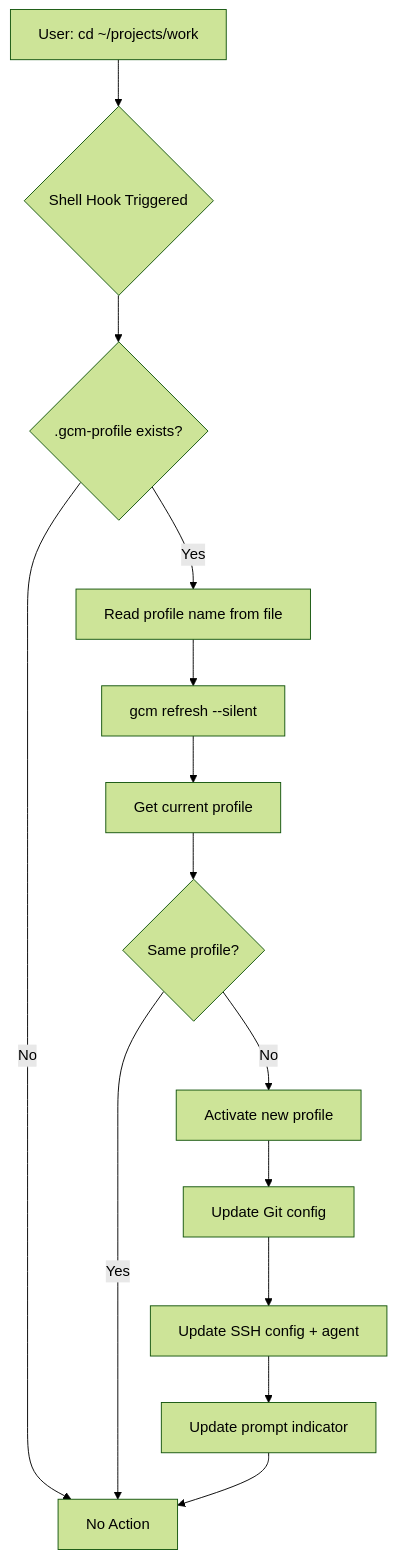
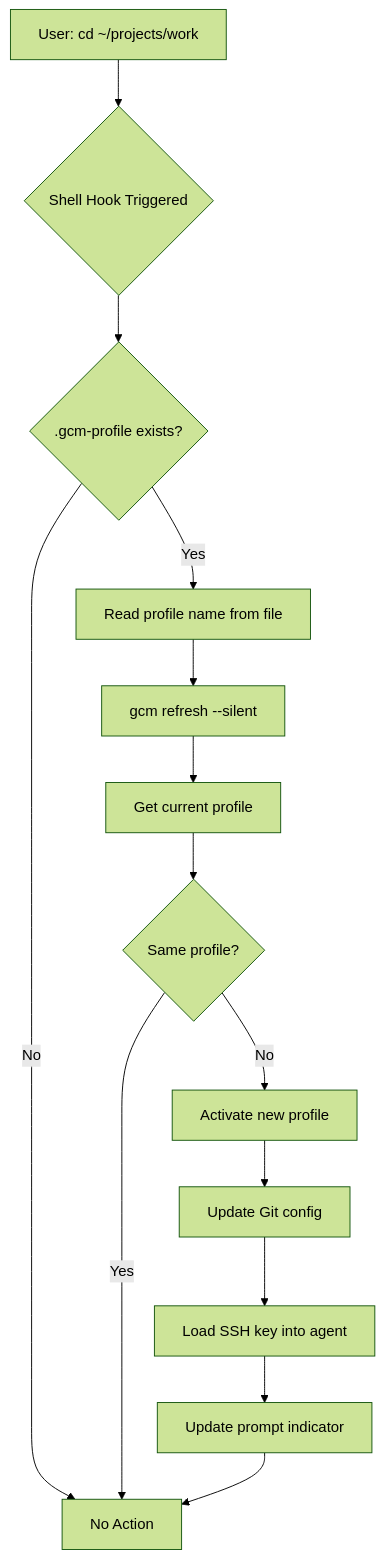
Before and after one commit to sijunda/github-config-manager: the fourth of 15 diagrams in docs/data-flow.md, drawn with Mermaid (forest theme). The commit also changed other lines of this file and 10 other files, not shown here.

````diff
--- a/docs/data-flow.md
+++ b/docs/data-flow.md
@@ -108,16 +106,16 @@
 ```mermaid
 flowchart TD
     Start[User: cd ~/projects/work] --> Hook{Shell Hook Triggered}
     Hook --> CheckFile{.gcm-profile exists?}
     CheckFile -->|No| End[No Action]
     CheckFile -->|Yes| ReadFile[Read profile name from file]
     ReadFile --> Refresh[gcm refresh --silent]
     Refresh --> GetCurrent[Get current profile]
     GetCurrent --> Same{Same profile?}
     Same -->|Yes| End
     Same -->|No| Activate[Activate new profile]
     Activate --> UpdateGit[Update Git config]
-    UpdateGit --> UpdateSSH[Update SSH config + agent]
+    UpdateGit --> UpdateSSH[Load SSH key into agent]
     UpdateSSH --> UpdatePrompt[Update prompt indicator]
     UpdatePrompt --> End
 ```
````
